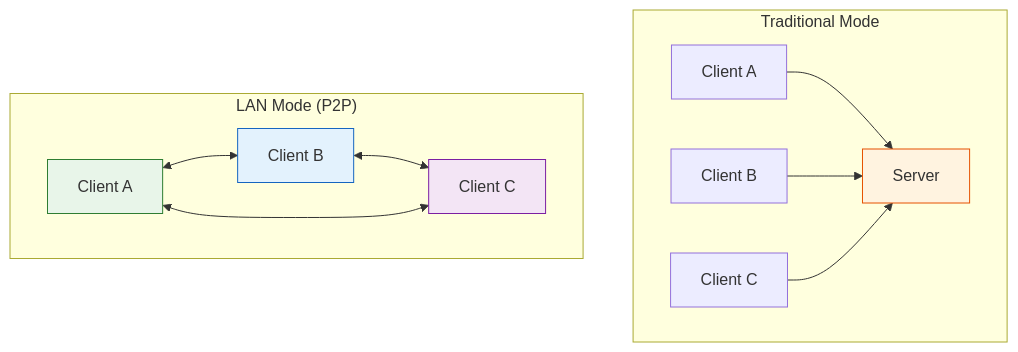
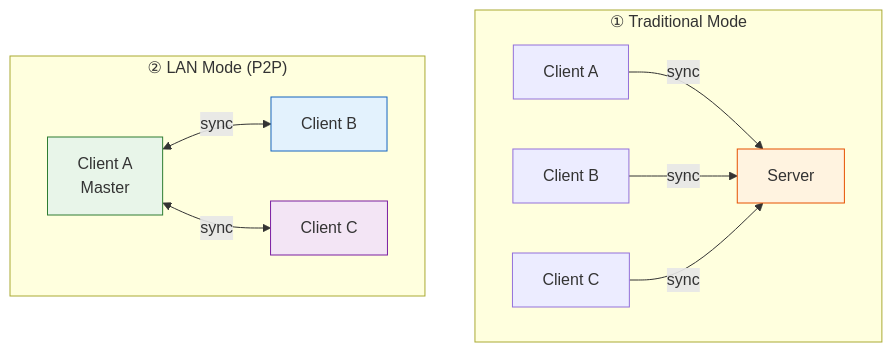
Before and after one commit to albertsdk/hsync-client: the first of 6 diagrams in docs/lan-mode.md, drawn with Mermaid. The commit also changed other lines of this file and 21 other files, not shown here.

First line of the commit message:
Add numbered phases to documentation diagrams

````diff
--- a/docs/lan-mode.md
+++ b/docs/lan-mode.md
@@ -11,19 +11,18 @@
 ```mermaid
 flowchart TB
-    subgraph "Traditional Mode"
-        C1A[Client A] --> S[Server]
-        C1B[Client B] --> S
-        C1C[Client C] --> S
+    subgraph "① Traditional Mode"
+        C1A[Client A] -->|"sync"| S[Server]
+        C1B[Client B] -->|"sync"| S
+        C1C[Client C] -->|"sync"| S
     end
-    
-    subgraph "LAN Mode (P2P)"
-        C2A[Client A] <--> C2B[Client B]
-        C2B <--> C2C[Client C]
-        C2A <--> C2C
+
+    subgraph "② LAN Mode (P2P)"
+        C2A[Client A<br/>Master] <-->|"sync"| C2B[Client B]
+        C2A <-->|"sync"| C2C[Client C]
     end
-    
+
     style S fill:#fff3e0,stroke:#e65100
     style C2A fill:#e8f5e9,stroke:#2e7d32
     style C2B fill:#e3f2fd,stroke:#1565c0
     style C2C fill:#f3e5f5,stroke:#7b1fa2
 ```
````
